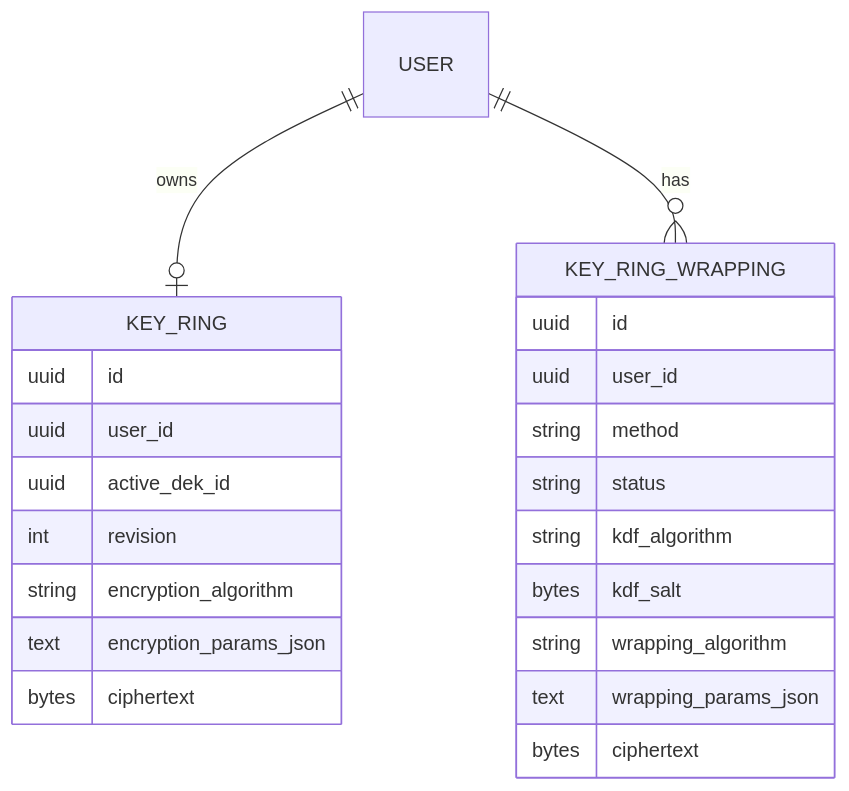
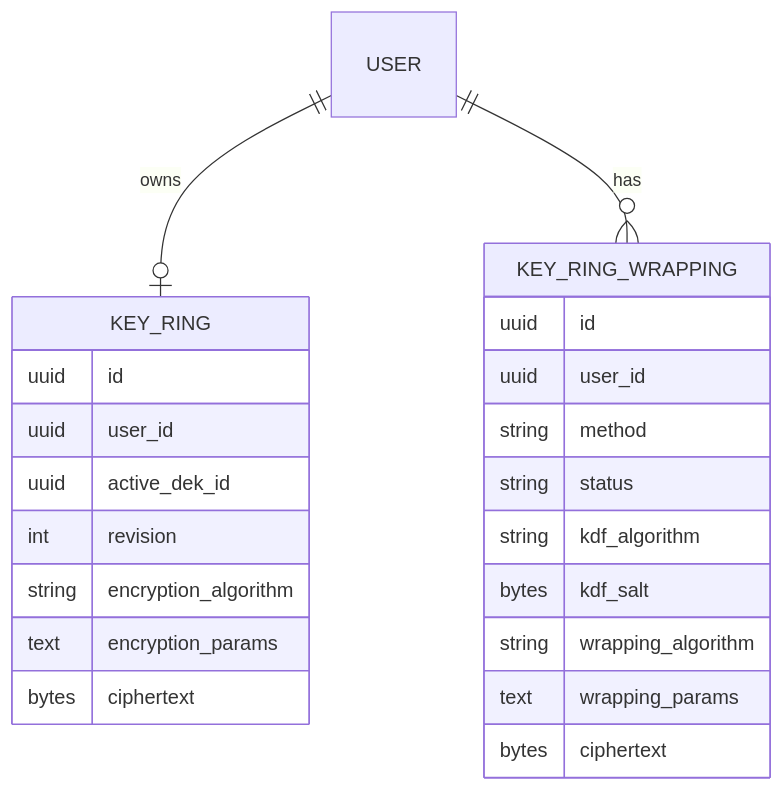
One commit to balakin/autokpo changed the first of 8 diagrams in apps/app/docs/e2ee.md. Above: the diagram before and after it, drawn with Mermaid. The commit also changed 8 other files, not shown here.

Commit message:
feat: remove json prefix from params

````diff
--- a/apps/app/docs/e2ee.md
+++ b/apps/app/docs/e2ee.md
@@ -20,27 +20,27 @@
 ```mermaid
 erDiagram
   USER ||--o| KEY_RING : owns
   USER ||--o{ KEY_RING_WRAPPING : has
 
   KEY_RING {
     uuid id
     uuid user_id
     uuid active_dek_id
     int revision
     string encryption_algorithm
-    text encryption_params_json
+    text encryption_params
     bytes ciphertext
   }
 
   KEY_RING_WRAPPING {
     uuid id
     uuid user_id
     string method
     string status
     string kdf_algorithm
     bytes kdf_salt
     string wrapping_algorithm
-    text wrapping_params_json
+    text wrapping_params
     bytes ciphertext
   }
 ```
````
